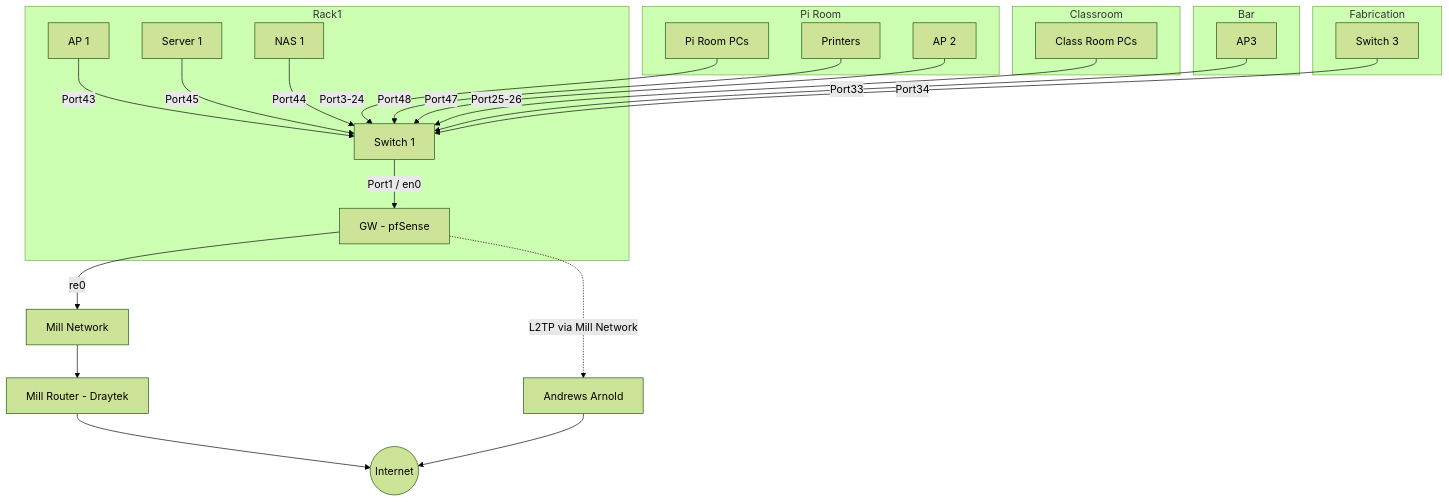
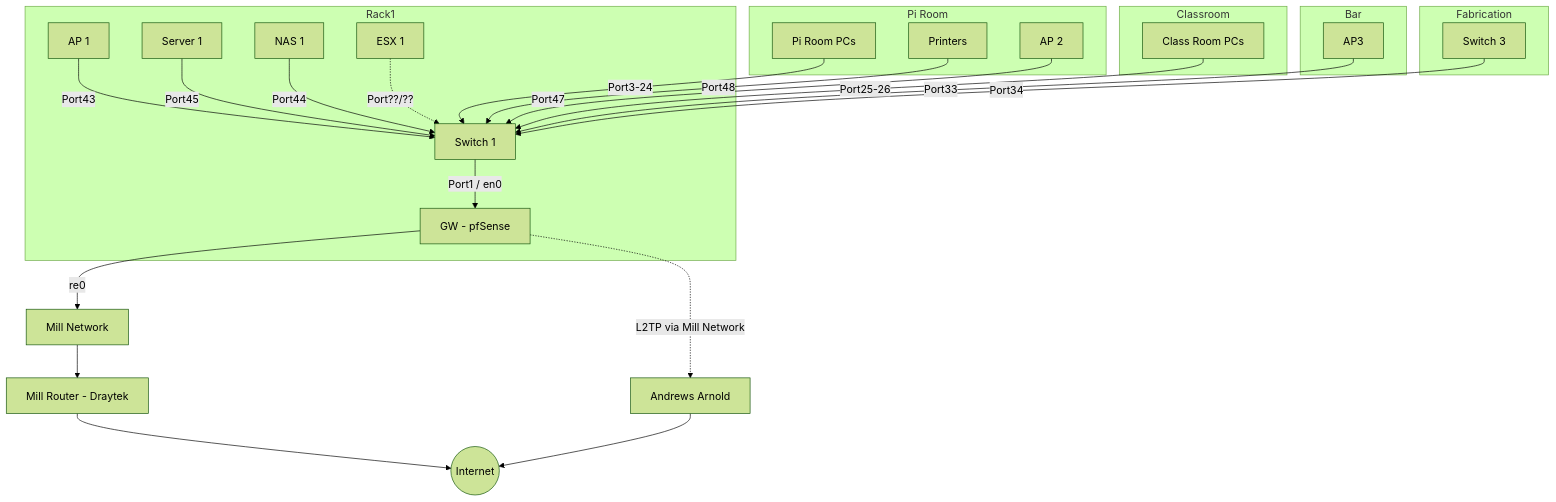
The first of 2 diagrams in docs/infrastructure/network_layout.md (leigh-hackspace/HackspaceWiki), drawn with Mermaid (forest theme) before and after one commit. The commit also changed other lines of this file, not shown here.

Commit message:
Add ESX 1 details

````diff
--- a/docs/infrastructure/network_layout.md
+++ b/docs/infrastructure/network_layout.md
@@ -7,33 +7,34 @@
 ```mermaid
 graph 
     subgraph Rack1
     GW[GW - pfSense] 
     AP[AP 1] -->|Port43| SWITCH1
     SWITCH1[Switch 1] -->|Port1 / en0| GW
     SERVER1[Server 1] -->|Port45| SWITCH1
     NAS1[NAS 1] --> |Port44| SWITCH1
+    ESX1[ESX 1] -.-> |Port??/??| SWITCH1
     end
 
     GW -->|re0| MILL
     GW -. L2TP via Mill Network .-> AAISP
     MILL[Mill Network] --> MILLROUTER[Mill Router - Draytek] --> INTERNET((Internet))
     AAISP[Andrews Arnold] --> INTERNET
     
     subgraph Pi Room
     PIROOMPC[Pi Room PCs] -->|Port3-24| SWITCH1
     PRINTERS[Printers] -->|Port48| SWITCH1
     PIROOMAP[AP 2] --> |Port47| SWITCH1
     end
 
     subgraph Classroom
     CLASSROOMPC[Class Room PCs] -->|Port25-26| SWITCH1
     end
     
     subgraph Bar
     AP3[AP3] -->|Port33| SWITCH1
     end
     
     subgraph Fabrication
     SWITCH3[Switch 3] -->|Port34| SWITCH1
     end
 ```
````
